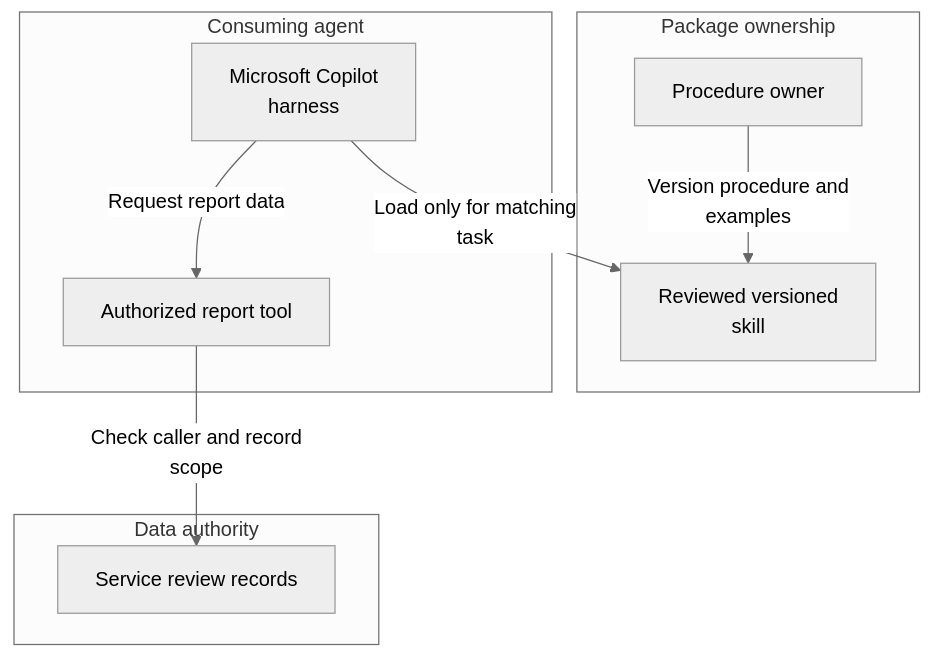
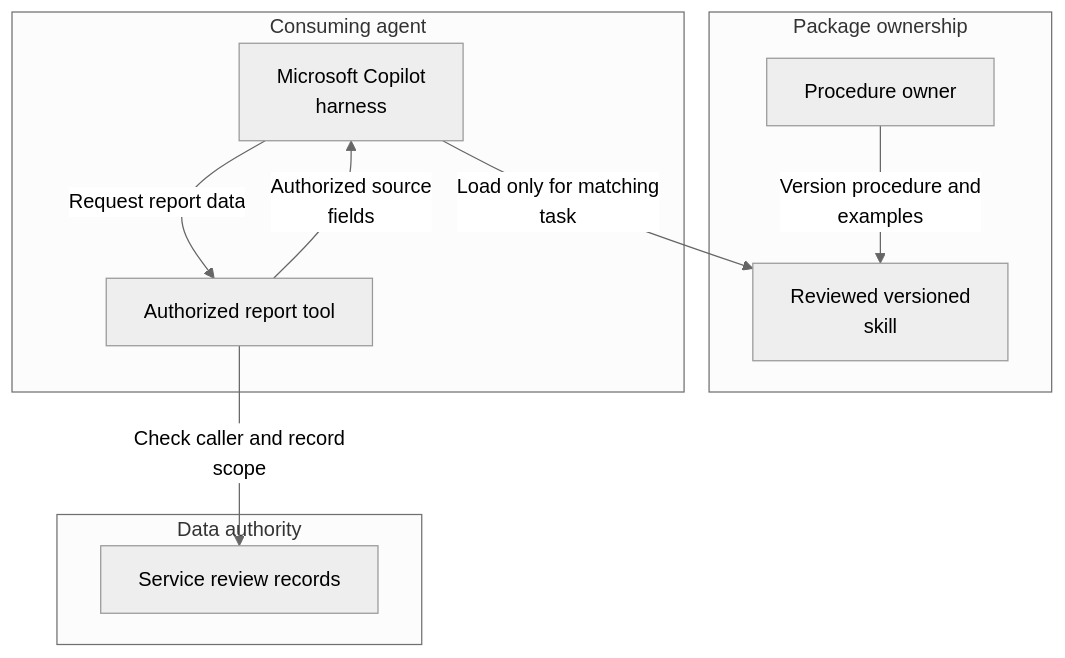
The first of 2 diagrams in technical-patterns/skill-package.md (abhishek-ai-enabler/copilotstudio-architecture-patterns), drawn with Mermaid (neutral theme) before and after one commit. The commit also changed other lines of this file and 41 other files, not shown here.

First line of the commit message:
Review diagrams: add return paths and fix flow accuracy

````diff
--- a/technical-patterns/skill-package.md
+++ b/technical-patterns/skill-package.md
@@ -7,20 +7,21 @@
 ```mermaid
 flowchart TB
     accTitle: Package reusable procedures as skills - architecture
     accDescr: Approve a skill as reusable procedure, not as a credential bundle. Its instructions cannot grant the consuming agent access to the data needed to execute it.
     subgraph group0["Package ownership"]
         O["Procedure owner"]
         S["Reviewed versioned<br/>skill"]
     end
     subgraph group2["Consuming agent"]
         A["Microsoft Copilot<br/>harness"]
         T["Authorized report tool"]
     end
     subgraph group4["Data authority"]
         R["Service review records"]
     end
     O -->|"Version procedure and<br/>examples"| S
     A -->|"Load only for matching<br/>task"| S
     A -->|"Request report data"| T
     T -->|"Check caller and record<br/>scope"| R
+    T -->|"Authorized source<br/>fields"| A
 ```
````
